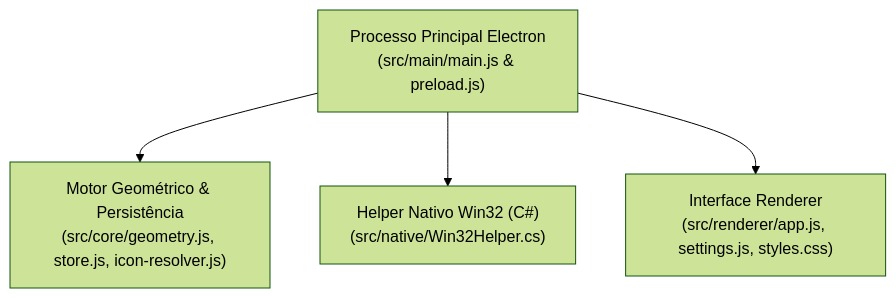
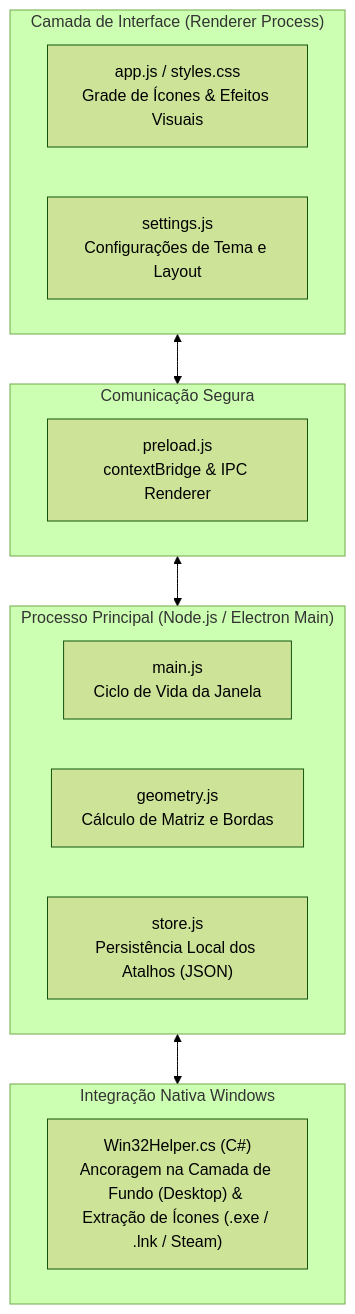
One commit to Renan-Xavier/Drawer-Windows-Organizer changed the diagram in README.md. Above: the diagram before and after it, drawn with Mermaid (forest theme). The commit also changed other lines of this file, not shown here.

Commit message:
docs: padronizar README com secoes de demonstracao, arquitetura Mermaid e tecnologias

````diff
--- a/README.md
+++ b/README.md
@@ -40,6 +46,25 @@
 ```mermaid
 flowchart TD
-    Main["Processo Principal Electron\n(src/main/main.js & preload.js)"] --> Core["Motor Geométrico & Persistência\n(src/core/geometry.js, store.js, icon-resolver.js)"]
-    Main --> Native["Helper Nativo Win32 (C#)\n(src/native/Win32Helper.cs)"]
-    Main --> UI["Interface Renderer\n(src/renderer/app.js, settings.js, styles.css)"]
+    subgraph UI ["Camada de Interface (Renderer Process)"]
+        App["app.js / styles.css\nGrade de Ícones & Efeitos Visuais"]
+        Settings["settings.js\nConfigurações de Tema e Layout"]
+    end
+
+    subgraph Bridge ["Comunicação Segura"]
+        Preload["preload.js\ncontextBridge & IPC Renderer"]
+    end
+
+    subgraph Core ["Processo Principal (Node.js / Electron Main)"]
+        Main["main.js\nCiclo de Vida da Janela"]
+        Geo["geometry.js\nCálculo de Matriz e Bordas"]
+        Store["store.js\nPersistência Local dos Atalhos (JSON)"]
+    end
+
+    subgraph Native ["Integração Nativa Windows"]
+        Win32["Win32Helper.cs (C#)\nAncoragem na Camada de Fundo (Desktop) & Extração de Ícones (.exe / .lnk / Steam)"]
+    end
+
+    UI <--> Bridge
+    Bridge <--> Core
+    Core <--> Native
 ```
````
